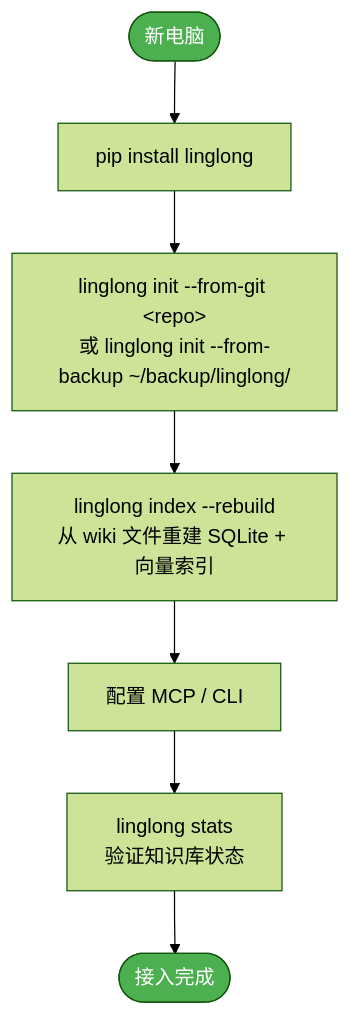
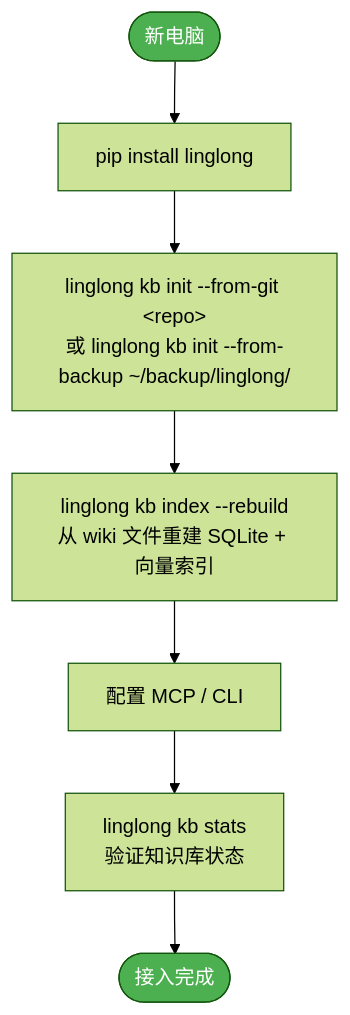
The second of 2 diagrams in docs/knowledge/design/06-agent-integration.md (xinovate/linglong-knowledge), drawn with Mermaid (forest theme) before and after one commit. The commit also changed other lines of this file and 23 other files, not shown here.

````diff
--- a/docs/knowledge/design/06-agent-integration.md
+++ b/docs/knowledge/design/06-agent-integration.md
@@ -160,12 +160,12 @@
 ```mermaid
 flowchart TD
     Start([新电脑]) --> Install["pip install linglong"]
-    Install --> Init["linglong init --from-git &lt;repo&gt;<br/>或 linglong init --from-backup ~/backup/linglong/"]
-    Init --> Rebuild["linglong index --rebuild<br/>从 wiki 文件重建 SQLite + 向量索引"]
+    Install --> Init["linglong kb init --from-git &lt;repo&gt;<br/>或 linglong kb init --from-backup ~/backup/linglong/"]
+    Init --> Rebuild["linglong kb index --rebuild<br/>从 wiki 文件重建 SQLite + 向量索引"]
     Rebuild --> Setup["配置 MCP / CLI"]
-    Setup --> Verify["linglong stats<br/>验证知识库状态"]
+    Setup --> Verify["linglong kb stats<br/>验证知识库状态"]
     Verify --> Done([接入完成])
 
     style Start fill:#4CAF50,color:#fff
     style Done fill:#4CAF50,color:#fff
 ```
````
